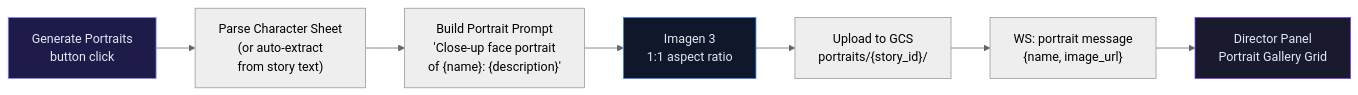
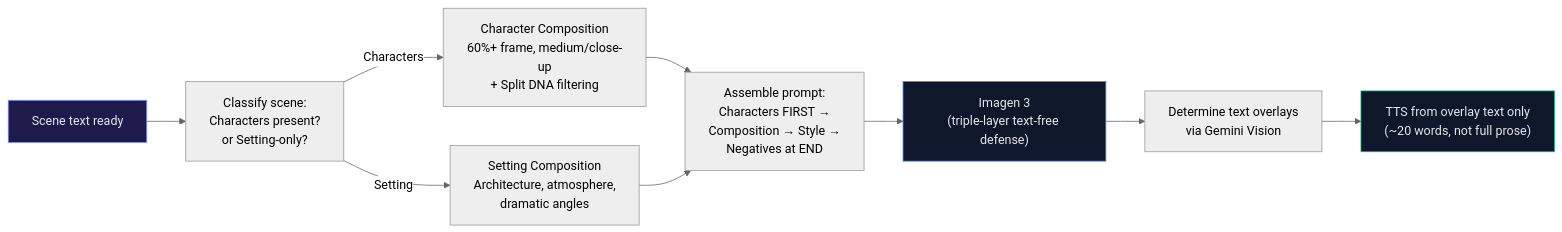
One commit to Dileep2896/reveria changed the seventh of 8 diagrams in README.md. Above: the diagram before and after it, drawn with Mermaid (neutral theme). The commit also changed other lines of this file and 68 other files, not shown here.

First line of the commit message:
Story templates, cinematic book opening, text-free images, director chat fixes, docs update

````diff
--- a/README.md
+++ b/README.md
@@ -563,13 +576,15 @@
 ```mermaid
 flowchart LR
-    Trigger["Generate Portraits<br/>button click"] --> Extract["Parse Character Sheet<br/>(or auto-extract<br/>from story text)"]
-    Extract --> Prompt["Build Portrait Prompt<br/>'Close-up face portrait<br/>of {name}: {description}'"]
-    Prompt --> Imagen["Imagen 3<br/>1:1 aspect ratio"]
-    Imagen --> GCS["Upload to GCS<br/>portraits/{story_id}/"]
-    GCS --> WS["WS: portrait message<br/>{name, image_url}"]
-    WS --> UI["Director Panel<br/>Portrait Gallery Grid"]
+    Scene["Scene text ready"] --> Classify["Classify scene:<br/>Characters present?<br/>or Setting-only?"]
+    Classify -->|"Characters"| CharComp["Character Composition<br/>60%+ frame, medium/close-up<br/>+ Split DNA filtering"]
+    Classify -->|"Setting"| SetComp["Setting Composition<br/>Architecture, atmosphere,<br/>dramatic angles"]
+    CharComp --> Prompt["Assemble prompt:<br/>Characters FIRST →<br/>Composition → Style →<br/>Negatives at END"]
+    SetComp --> Prompt
+    Prompt --> Imagen["Imagen 3<br/>(triple-layer text-free defense)"]
+    Imagen --> Overlays["Determine text overlays<br/>via Gemini Vision"]
+    Overlays --> TTS["TTS from overlay text only<br/>(~20 words, not full prose)"]
 
-    style Trigger fill:#1e1b4b,stroke:#818cf8,color:#e2e8f0
+    style Scene fill:#1e1b4b,stroke:#818cf8,color:#e2e8f0
     style Imagen fill:#0f172a,stroke:#3b82f6,color:#e2e8f0
-    style UI fill:#1a1a2e,stroke:#7c3aed,color:#e2e8f0
+    style TTS fill:#0f172a,stroke:#10b981,color:#e2e8f0
 ```
````
